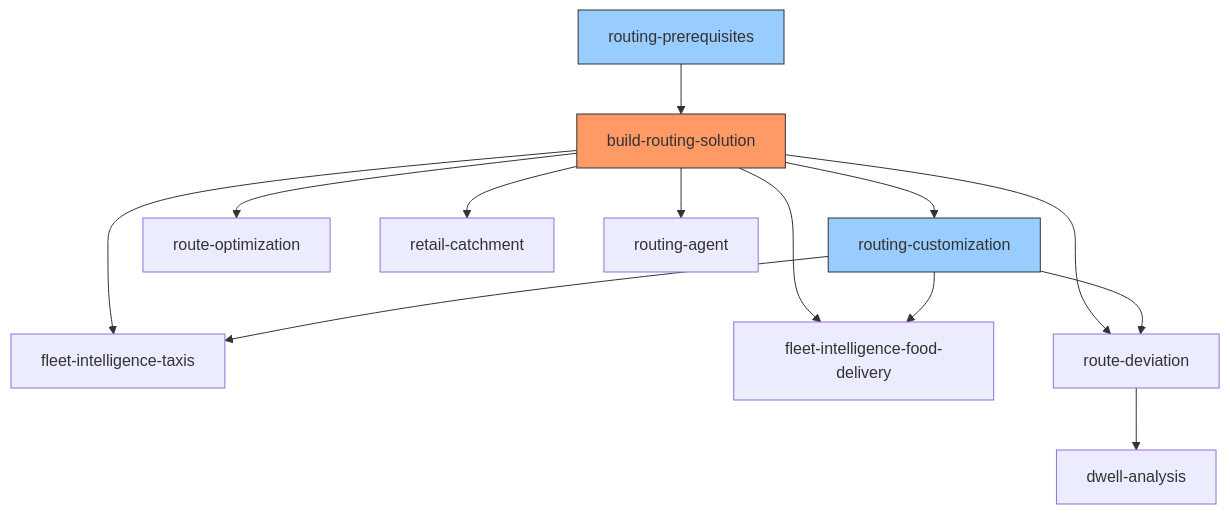
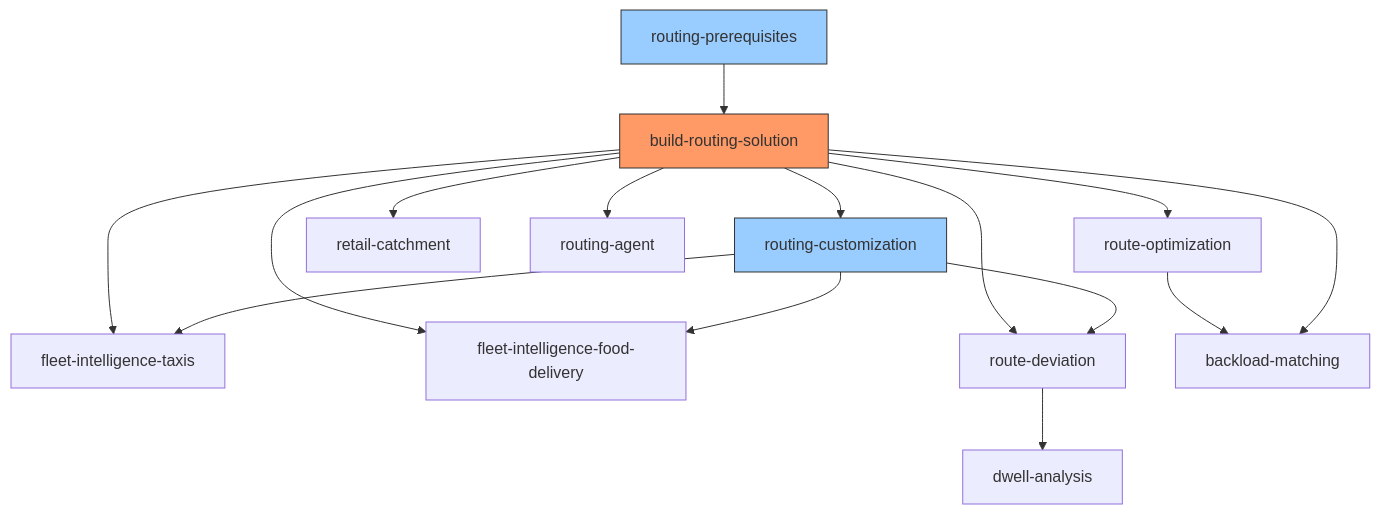
The diagram in AGENTS.md (Snowflake-Labs/sfguide-create-a-route-optimisation-and-vehicle-route-plan-simulator), drawn with Mermaid before and after one commit. The commit also changed other lines of this file and 10 other files, not shown here.

First line of the commit message:
feat(backload-matching): add DHL Freight backload matching skill

````diff
--- a/AGENTS.md
+++ b/AGENTS.md
@@ -230,19 +231,21 @@
 ```mermaid
 graph TD
     RP[routing-prerequisites] --> BRS[build-routing-solution]
     BRS --> RC[routing-customization]
     BRS --> RO[route-optimization]
     BRS --> FIT[fleet-intelligence-taxis]
     BRS --> FIFD[fleet-intelligence-food-delivery]
     BRS --> RET[retail-catchment]
     BRS --> RD[route-deviation]
     BRS --> RA[routing-agent]
+    RO --> BM[backload-matching]
+    BRS --> BM
     RC --> FIT
     RC --> FIFD
     RC --> RD
     RD --> DA[dwell-analysis]
 
     style BRS fill:#f96,stroke:#333
     style RP fill:#9cf,stroke:#333
     style RC fill:#9cf,stroke:#333
 ```
````
